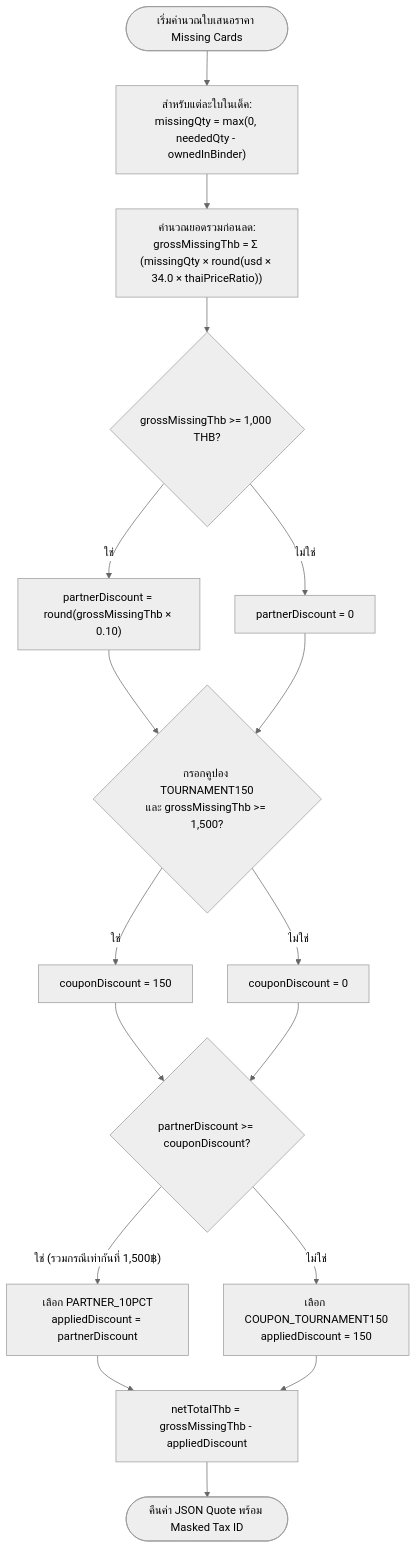
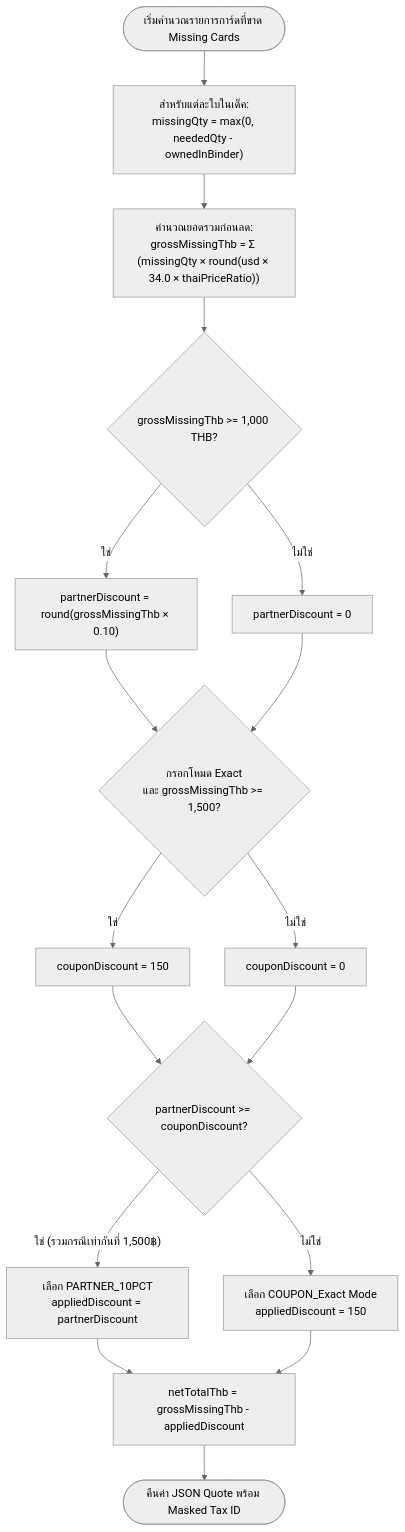
The third of 5 diagrams in DESIGN.md (sadin911/Group2CWN), drawn with Mermaid (neutral theme) before and after one commit. The commit also changed other lines of this file and 16 other files, not shown here.

Commit message:
chore(docs): clean up fictional ordering/discount terms, strictly align with real Missing Cards Shopping List & deck logic

````diff
--- a/DESIGN.md
+++ b/DESIGN.md
@@ -78,19 +78,19 @@
 ```mermaid
 flowchart TD
-    Start(["เริ่มคำนวณใบเสนอราคา Missing Cards"]) --> CalcMissing["สำหรับแต่ละใบในเด็ค:\nmissingQty = max(0, neededQty - ownedInBinder)"]
+    Start(["เริ่มคำนวณรายการการ์ดที่ขาด Missing Cards"]) --> CalcMissing["สำหรับแต่ละใบในเด็ค:\nmissingQty = max(0, neededQty - ownedInBinder)"]
     CalcMissing --> Gross["คำนวณยอดรวมก่อนลด:\ngrossMissingThb = Σ (missingQty × round(usd × 34.0 × thaiPriceRatio))"]
     Gross --> Check1000{"grossMissingThb >= 1,000 THB?"}
     Check1000 -- ใช่ --> P10["partnerDiscount = round(grossMissingThb × 0.10)"]
     Check1000 -- ไม่ใช่ --> P0["partnerDiscount = 0"]
-    P10 --> CheckCoupon{"กรอกคูปอง TOURNAMENT150\nและ grossMissingThb >= 1,500?"}
+    P10 --> CheckCoupon{"กรอกโหมด Exact\nและ grossMissingThb >= 1,500?"}
     P0 --> CheckCoupon
     CheckCoupon -- ใช่ --> C150["couponDiscount = 150"]
     CheckCoupon -- ไม่ใช่ --> C0["couponDiscount = 0"]
     C150 --> Compare{"partnerDiscount >= couponDiscount?"}
     C0 --> Compare
     Compare -- "ใช่ (รวมกรณีเท่ากันที่ 1,500฿)" --> UsePartner["เลือก PARTNER_10PCT\nappliedDiscount = partnerDiscount"]
-    Compare -- ไม่ใช่ --> UseCoupon["เลือก COUPON_TOURNAMENT150\nappliedDiscount = 150"]
+    Compare -- ไม่ใช่ --> UseCoupon["เลือก COUPON_Exact Mode\nappliedDiscount = 150"]
     UsePartner --> Net["netTotalThb = grossMissingThb - appliedDiscount"]
     UseCoupon --> Net
     Net --> End(["คืนค่า JSON Quote พร้อม Masked Tax ID"])
 ```
````
